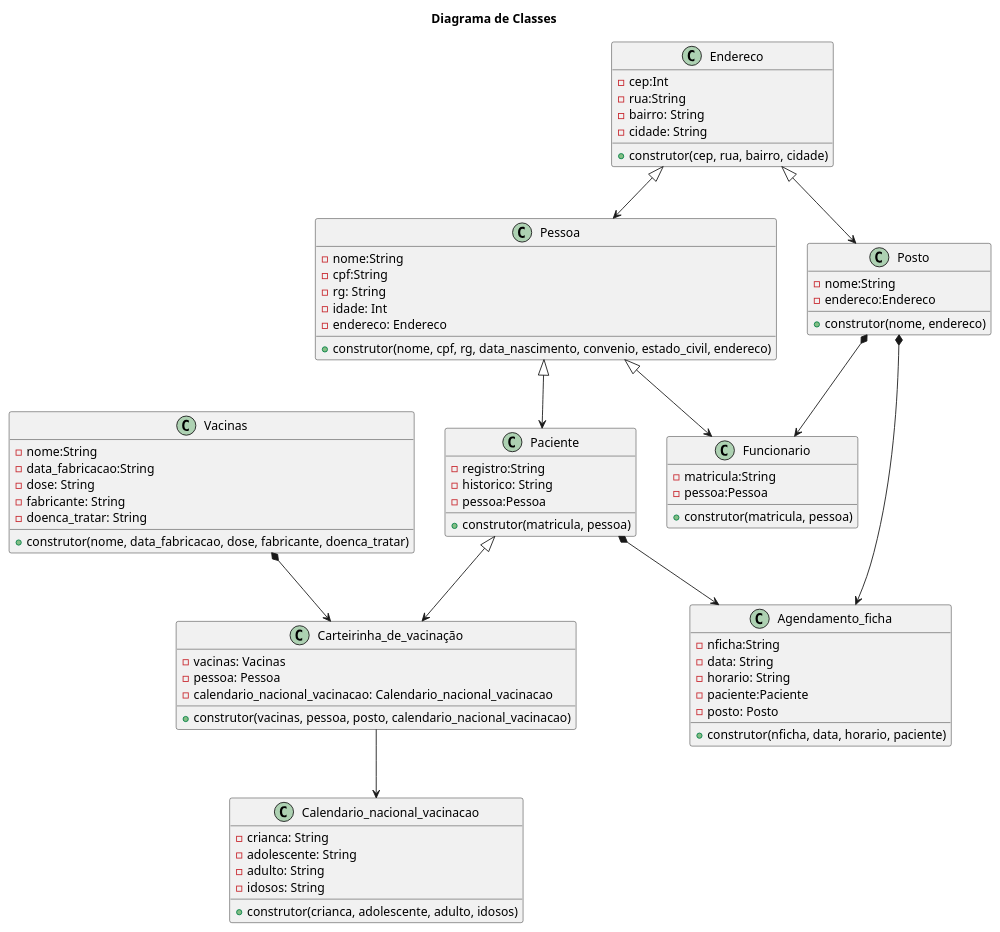
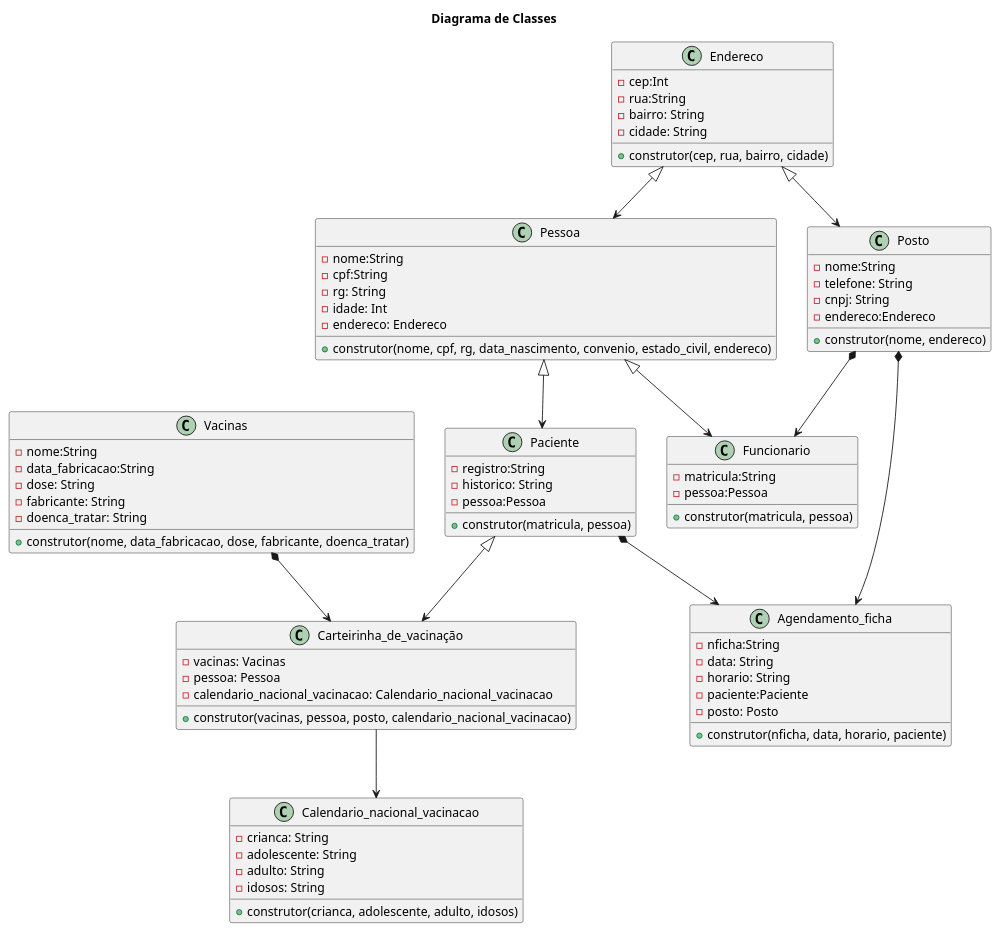
The diagram in @startuml herenca composicao.plantUML (anleaes/2022-1-N2-POO-04), drawn with PlantUML before and after one commit. The commit also changed 1 other file, not shown here.

Commit message:
adicionado atributos no diagrama classe posto e no arquivo posto py

```diff
--- a/@startuml herenca composicao.plantUML
+++ b/@startuml herenca composicao.plantUML
@@ -1,93 +1,95 @@
 @startuml herenca composicao
 
 title Diagrama de Classes
 
 class Pessoa{
     - nome:String
     - cpf:String
     - rg: String
     - idade: Int
     - endereco: Endereco
     + construtor(nome, cpf, rg, data_nascimento, convenio, estado_civil, endereco)
 }
 
 class Funcionario{
     - matricula:String
     - pessoa:Pessoa
     + construtor(matricula, pessoa)
 
 }
 
 class Paciente{
     - registro:String
     - historico: String
     - pessoa:Pessoa
     + construtor(matricula, pessoa)
     }
 
 class Carteirinha_de_vacinação{
     - vacinas: Vacinas
     - pessoa: Pessoa
     - calendario_nacional_vacinacao: Calendario_nacional_vacinacao
     + construtor(vacinas, pessoa, posto, calendario_nacional_vacinacao)
 } 
  
 
 class Posto{
     - nome:String
+    - telefone: String
+    - cnpj: String
     - endereco:Endereco
     + construtor(nome, endereco)
 
 }
 
 class Calendario_nacional_vacinacao{
     - crianca: String
     - adolescente: String
     - adulto: String
     - idosos: String
     + construtor(crianca, adolescente, adulto, idosos)
 } 
 
 class Endereco{
     - cep:Int
     - rua:String
     - bairro: String
     - cidade: String
     + construtor(cep, rua, bairro, cidade)
 }
 
 
 class Vacinas{
     - nome:String
     - data_fabricacao:String
     - dose: String
     - fabricante: String
     - doenca_tratar: String
     + construtor(nome, data_fabricacao, dose, fabricante, doenca_tratar)
 }
 
 
 
 class Agendamento_ficha{
     - nficha:String
     - data: String
     - horario: String
     - paciente:Paciente
     - posto: Posto
     + construtor(nficha, data, horario, paciente)
     }
 
 Pessoa <|--> Paciente
 Pessoa <|--> Funcionario
 Endereco <|--> Pessoa
 Endereco <|--> Posto
 Carteirinha_de_vacinação --> Calendario_nacional_vacinacao
 Paciente <|--> Carteirinha_de_vacinação 
 
 Posto *--> Funcionario
 Posto *--> Agendamento_ficha
 Vacinas *--> Carteirinha_de_vacinação
 Paciente *--> Agendamento_ficha
 
 
 @enduml 
```
